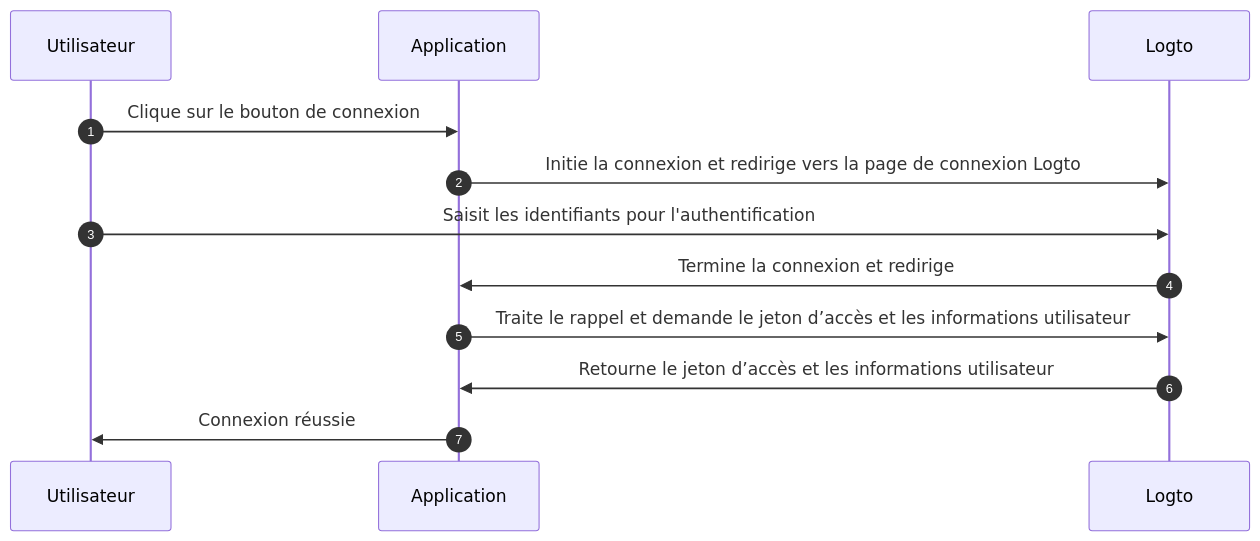
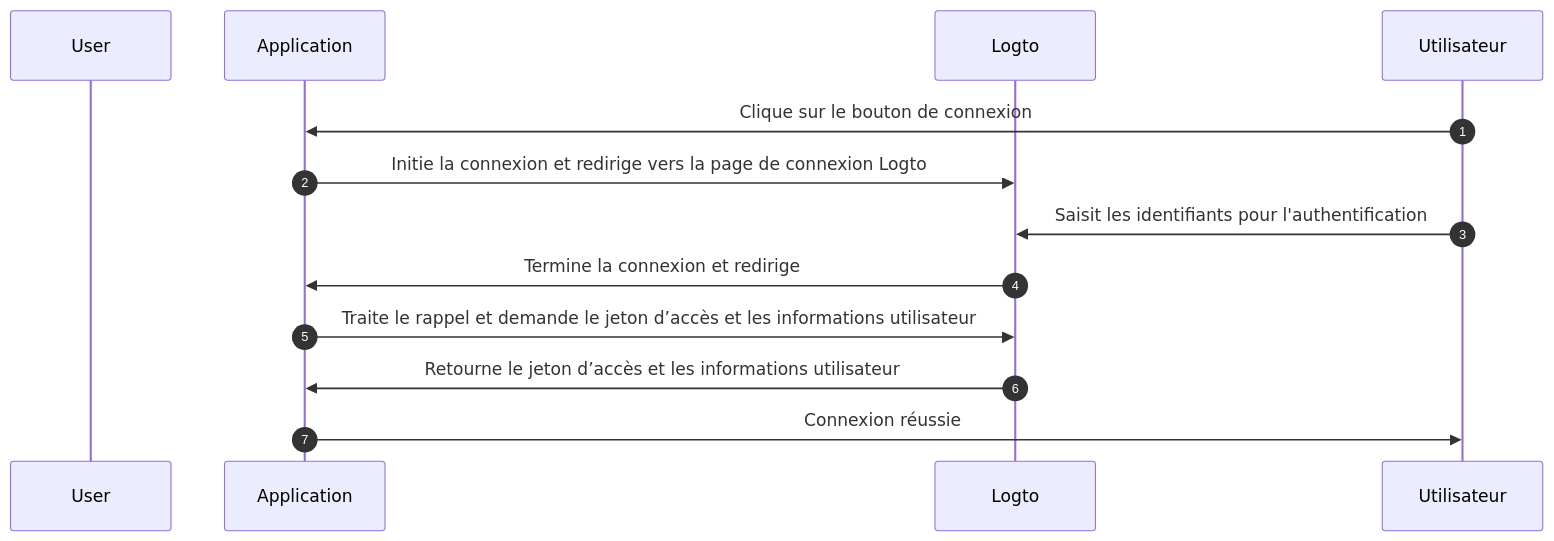
The first of 3 diagrams in i18n/fr/docusaurus-plugin-content-docs/current/integrate-logto/integrate-logto-into-your-application/understand-authentication-flow.mdx (logto-io/docs), drawn with Mermaid before and after one commit. The commit also changed other lines of this file and 27 other files, not shown here.

````diff
--- a/i18n/fr/docusaurus-plugin-content-docs/current/integrate-logto/integrate-logto-into-your-application/understand-authentication-flow.mdx
+++ b/i18n/fr/docusaurus-plugin-content-docs/current/integrate-logto/integrate-logto-into-your-application/understand-authentication-flow.mdx
@@ -14,15 +14,15 @@
 ```mermaid
 sequenceDiagram
     autonumber
-    participant Utilisateur
+    participant User
     participant Application
     participant Logto
 
     Utilisateur->>Application: Clique sur le bouton de connexion
     Application->>Logto: Initie la connexion et redirige vers la page de connexion Logto
     Utilisateur->>Logto: Saisit les identifiants pour l'authentification
     Logto->>Application: Termine la connexion et redirige
     Application->>Logto: Traite le rappel et demande le jeton d’accès et les informations utilisateur
     Logto->>Application: Retourne le jeton d’accès et les informations utilisateur
     Application->>Utilisateur: Connexion réussie
 ```
````
